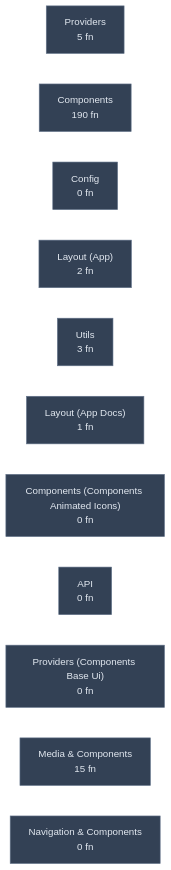
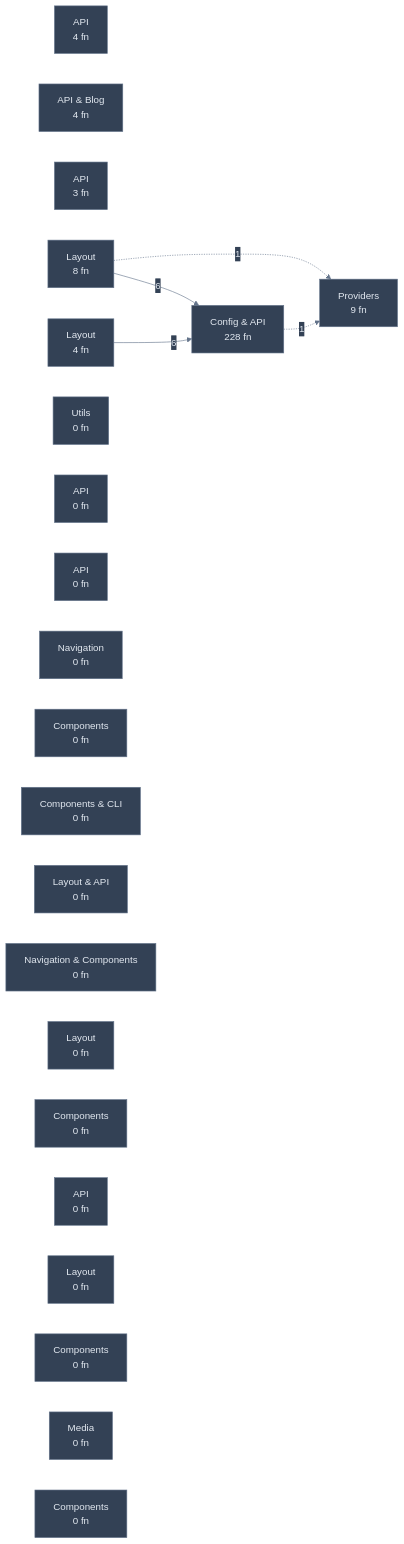
Before and after one commit to Ansh-dhanani/mikk: the diagram in apps/web/.mikk/diagrams/dependency-matrix.mmd, drawn with Mermaid. The commit also changed 417 other files, not shown here.

```diff
--- a/apps/web/.mikk/diagrams/dependency-matrix.mmd
+++ b/apps/web/.mikk/diagrams/dependency-matrix.mmd
@@ -1,17 +1,32 @@
 %%{init: {"theme": "base", "themeVariables": {"primaryColor": "#1e293b", "primaryTextColor": "#e2e8f0", "lineColor": "#64748b", "secondaryColor": "#334155", "tertiaryColor": "#475569", "background": "#0f172a", "mainBkg": "#1e293b", "nodeBorder": "#475569"}}}%%
 graph LR
 
-    providers["Providers<br/>5 fn"]
-    components["Components<br/>190 fn"]
-    source_config["Config<br/>0 fn"]
-    app["Layout (App)<br/>2 fn"]
-    lib["Utils<br/>3 fn"]
-    app_docs["Layout (App Docs)<br/>1 fn"]
-    components_animated_icons["Components (Components Animated Icons)<br/>0 fn"]
+    apps_web_providers["Providers<br/>9 fn"]
+    app_api_analyze_repo["API<br/>4 fn"]
+    app_api_feedback["API & Blog<br/>4 fn"]
+    app_api_mikk_query["API<br/>3 fn"]
+    web_app_playground["Layout<br/>4 fn"]
+    web_app__marketing_["Layout<br/>8 fn"]
+    mesh_apps_web["Config & API<br/>228 fn"]
+    apps_web_lib["Utils<br/>0 fn"]
+    app_api_chat["API<br/>0 fn"]
+    app_api_lock["API<br/>0 fn"]
+    components_kibo_ui_contribution_graph["Navigation<br/>0 fn"]
+    apps_web_components["Components<br/>0 fn"]
+    web_components_landing["Components & CLI<br/>0 fn"]
+    apps_web_app["Layout & API<br/>0 fn"]
+    web_components_ui["Navigation & Components<br/>0 fn"]
+    web_app_docs["Layout<br/>0 fn"]
+    web_components_animated_icons["Components<br/>0 fn"]
     app_api_search["API<br/>0 fn"]
-    components_base_ui["Providers (Components Base Ui)<br/>0 fn"]
-    components_kibo_ui_image_zoom["Media & Components<br/>15 fn"]
-    components_ui["Navigation & Components<br/>0 fn"]
+    app_docs__slug_["Layout<br/>0 fn"]
+    components_base_ui["Components<br/>0 fn"]
+    components_kibo_ui_image_zoom["Media<br/>0 fn"]
+    components_kibo_ui_marquee["Components<br/>0 fn"]
 
+    web_app__marketing_ -->|6| mesh_apps_web
+    web_app_playground -->|6| mesh_apps_web
+    web_app__marketing_ -.->|1| apps_web_providers
+    mesh_apps_web -.->|1| apps_web_providers
 
     classDef default fill:#334155,stroke:#64748b,color:#e2e8f0
```
